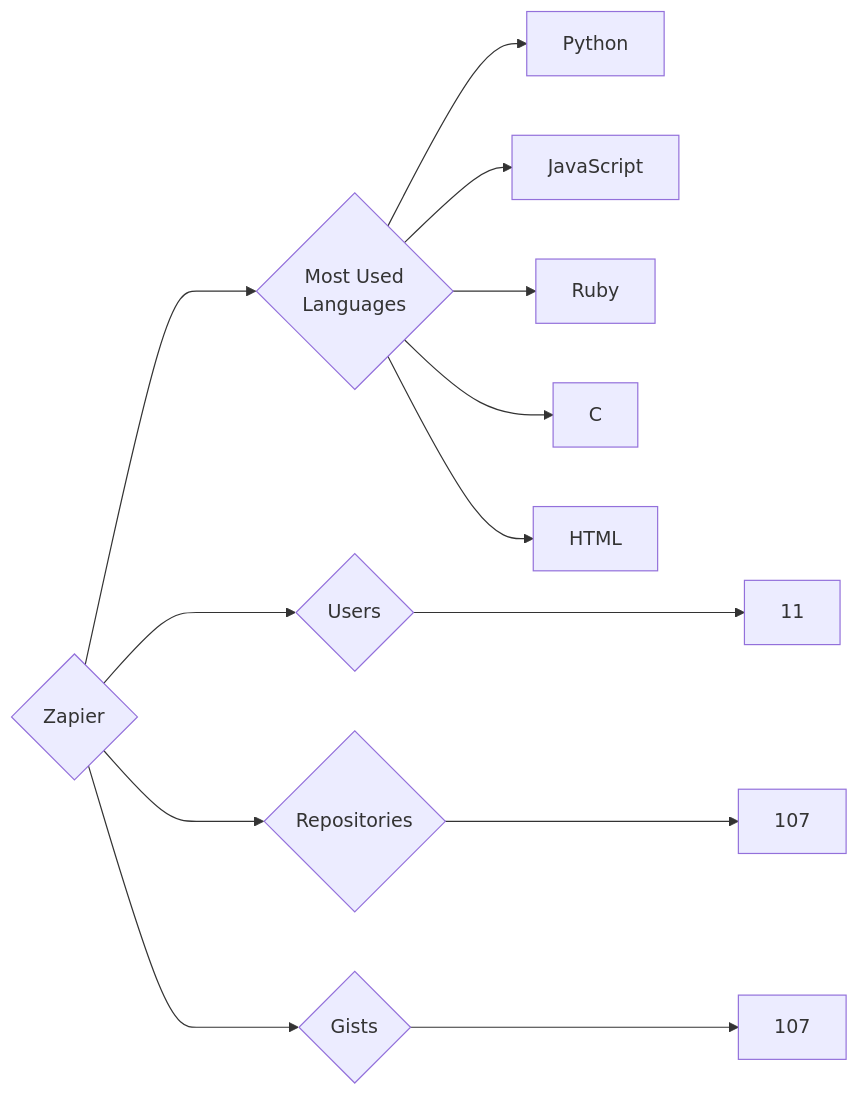
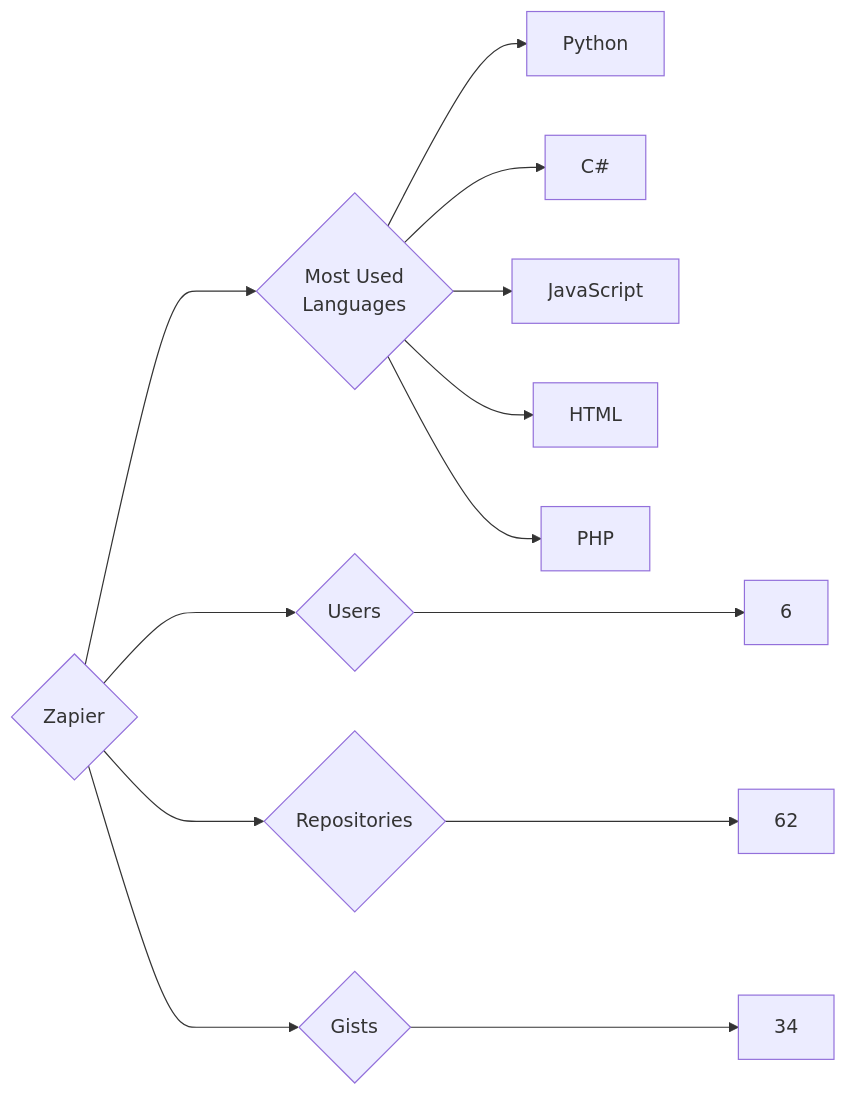
The diagram in targets/Zapier/README.md (trickest/insiders), drawn with Mermaid before and after one commit. The commit also changed 1496 other files, not shown here.

````diff
--- a/targets/Zapier/README.md
+++ b/targets/Zapier/README.md
@@ -3,13 +3,13 @@
 ```mermaid
 graph LR
 COMPANY_NAME{Zapier}
-COMPANY_NAME ---> U{Users} ---> UN[11]
-COMPANY_NAME ---> R{Repositories} ---> RN[107]
-COMPANY_NAME ---> G{Gists} ---> GN[107]
+COMPANY_NAME ---> U{Users} ---> UN[6]
+COMPANY_NAME ---> R{Repositories} ---> RN[62]
+COMPANY_NAME ---> G{Gists} ---> GN[34]
 COMPANY_NAME ---> ML{Most Used<br>Languages}
 ML --> Python[Python]
+ML --> C#[C#]
 ML --> JavaScript[JavaScript]
-ML --> Ruby[Ruby]
-ML --> C[C]
 ML --> HTML[HTML]
+ML --> PHP[PHP]
 ```
````
